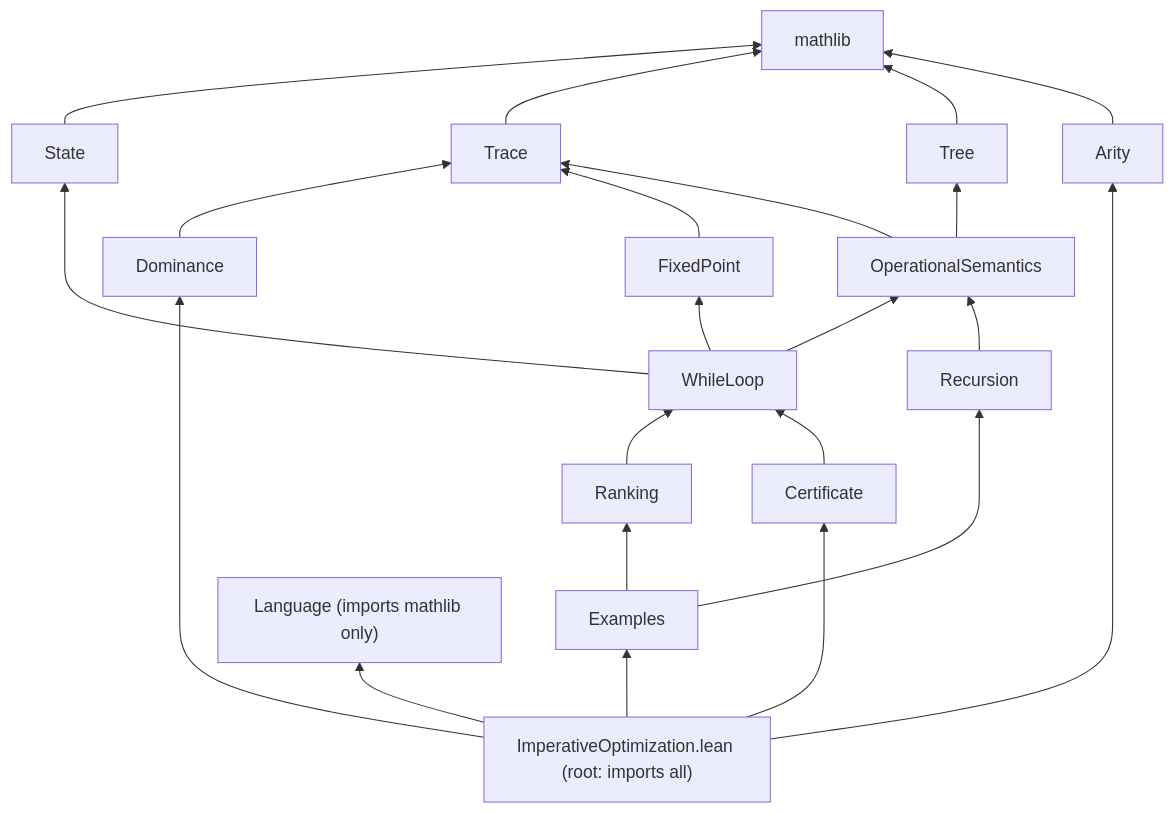
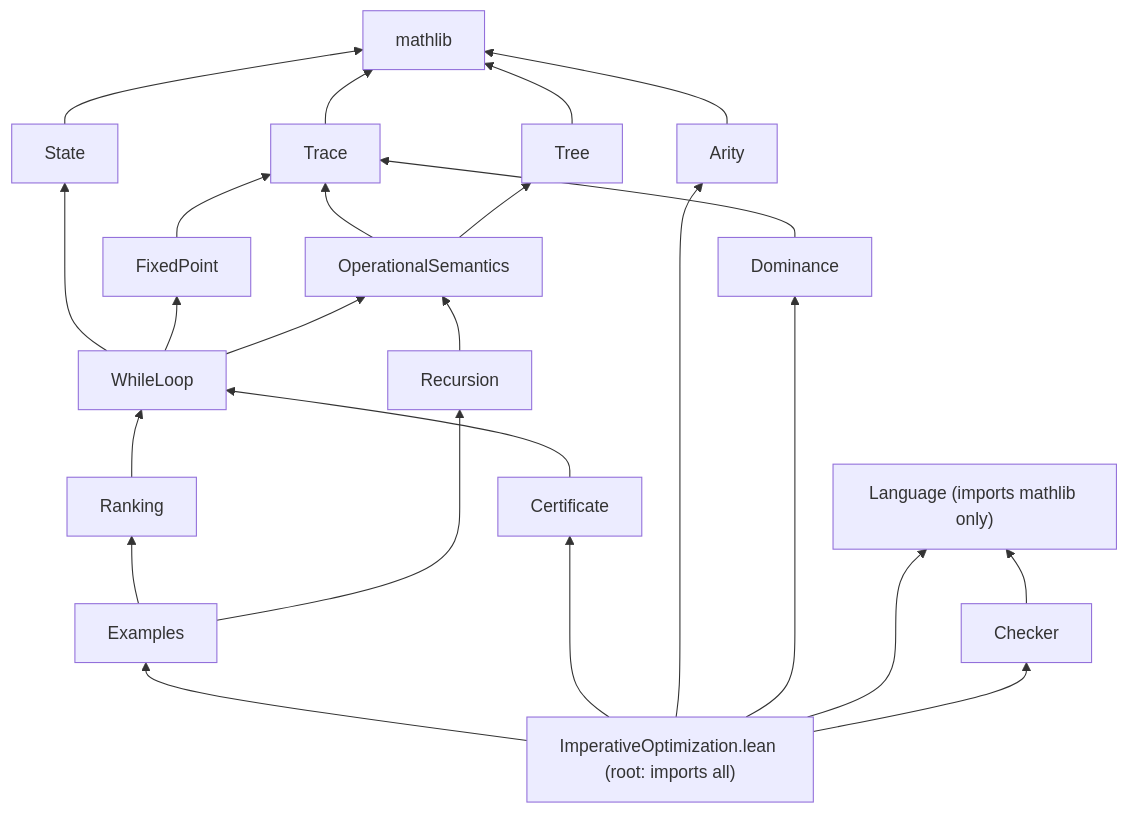
One commit to ldallolio/crosscheck changed the diagram in docs/guide/06-lean-modules.md. Above: the diagram before and after it, drawn with Mermaid. The commit also changed other lines of this file and 13 other files, not shown here.

````diff
--- a/docs/guide/06-lean-modules.md
+++ b/docs/guide/06-lean-modules.md
@@ -20,25 +20,27 @@
 ```mermaid
 flowchart BT
   ML[mathlib]
   State --> ML
   Trace --> ML
   Tree --> ML
   Arity --> ML
   Dominance --> Trace
   FixedPoint --> Trace
   OperationalSemantics --> Trace
   OperationalSemantics --> Tree
   WhileLoop --> State
   WhileLoop --> FixedPoint
   WhileLoop --> OperationalSemantics
   Ranking --> WhileLoop
   Certificate --> WhileLoop
   Recursion --> OperationalSemantics
   Examples --> Ranking
   Examples --> Recursion
   Root["ImperativeOptimization.lean (root: imports all)"] --> Examples
   Root --> Certificate
   Root --> Arity
   Root --> Dominance
   Root --> Language["Language (imports mathlib only)"]
+  Checker --> Language
+  Root --> Checker
 ```
````
